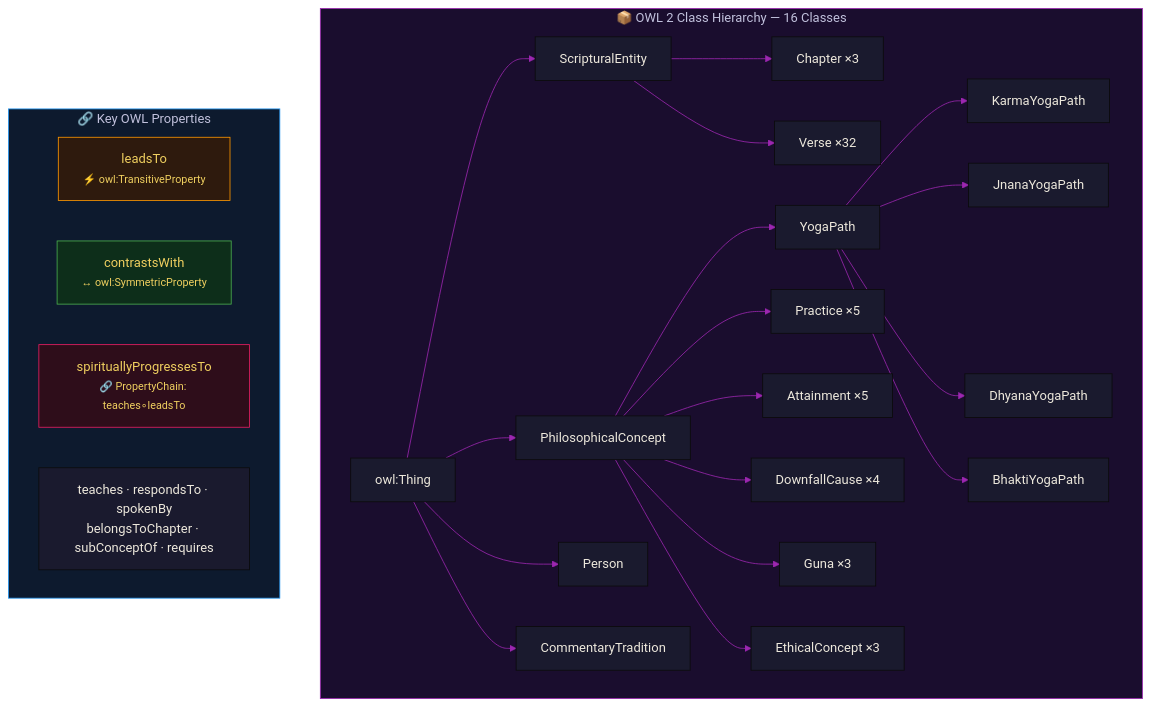
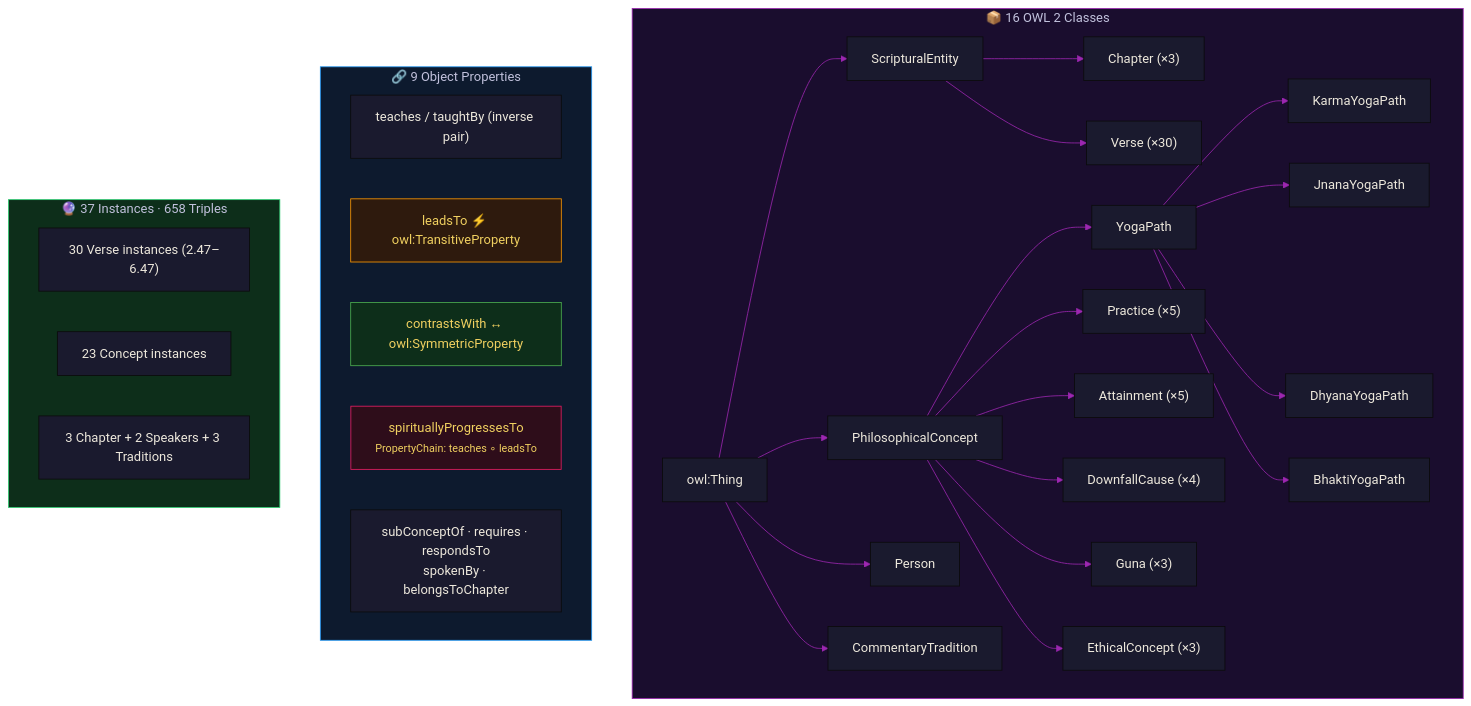
Before and after one commit to DevRaviX/gitagraph: the fifth of 7 diagrams in README.md, drawn with Mermaid. The commit also changed other lines of this file and 41 other files, not shown here.

````diff
--- a/README.md
+++ b/README.md
@@ -306,37 +330,44 @@
 ```mermaid
 %%{init: {'theme': 'base', 'themeVariables': {'primaryColor': '#1A1A2E', 'lineColor': '#9C27B0', 'primaryTextColor': '#EDE8DC'}}}%%
-
 graph TD
-    subgraph CLASSES["📦 OWL 2 Class Hierarchy — 16 Classes"]
-        OWL_THING["owl:Thing"]
-        OWL_THING --> SE["ScripturalEntity"]
-        OWL_THING --> PC["PhilosophicalConcept"]
-        OWL_THING --> PR["Person"]
-        OWL_THING --> CT["CommentaryTradition"]
-        SE --> CH["Chapter ×3"]
-        SE --> VE["Verse ×32"]
+    subgraph CLASSES["📦 16 OWL 2 Classes"]
+        OT["owl:Thing"]
+        OT --> SE["ScripturalEntity"]
+        OT --> PC["PhilosophicalConcept"]
+        OT --> PE["Person"]
+        OT --> CT["CommentaryTradition"]
+        SE --> CH["Chapter (×3)"]
+        SE --> VE["Verse (×30)"]
         PC --> YP["YogaPath"]
-        PC --> PRA["Practice ×5"]
-        PC --> ATT["Attainment ×5"]
-        PC --> DC["DownfallCause ×4"]
-        PC --> GU["Guna ×3"]
-        PC --> EC["EthicalConcept ×3"]
+        PC --> PRA["Practice (×5)"]
+        PC --> ATT["Attainment (×5)"]
+        PC --> DC["DownfallCause (×4)"]
+        PC --> GU["Guna (×3)"]
+        PC --> EC["EthicalConcept (×3)"]
         YP --> KYP["KarmaYogaPath"]
         YP --> JYP["JnanaYogaPath"]
         YP --> DYP["DhyanaYogaPath"]
         YP --> BYP["BhaktiYogaPath"]
     end
 
-    subgraph PROPS["🔗 Key OWL Properties"]
-        P1["leadsTo<br/><small>⚡ owl:TransitiveProperty</small>"]
-        P2["contrastsWith<br/><small>↔ owl:SymmetricProperty</small>"]
-        P3["spirituallyProgressesTo<br/><small>🔗 PropertyChain: teaches∘leadsTo</small>"]
-        P4["teaches · respondsTo · spokenBy<br/>belongsToChapter · subConceptOf · requires"]
+    subgraph PROPS["🔗 9 Object Properties"]
+        P1["teaches / taughtBy (inverse pair)"]
+        P2["leadsTo ⚡ owl:TransitiveProperty"]
+        P3["contrastsWith ↔ owl:SymmetricProperty"]
+        P4["spirituallyProgressesTo<br/><small>PropertyChain: teaches ∘ leadsTo</small>"]
+        P5["subConceptOf · requires · respondsTo<br/>spokenBy · belongsToChapter"]
+    end
+
+    subgraph INST["🔮 37 Instances · 658 Triples"]
+        I1["30 Verse instances (2.47–6.47)"]
+        I2["23 Concept instances"]
+        I3["3 Chapter + 2 Speakers + 3 Traditions"]
     end
 
     style CLASSES fill:#1A0D2E,stroke:#9C27B0
     style PROPS fill:#0D1A2E,stroke:#2196F3
-    style P1 fill:#2E1A0D,stroke:#FF9800,color:#F0D060
-    style P2 fill:#0D2E1A,stroke:#4CAF50,color:#F0D060
-    style P3 fill:#2E0D1A,stroke:#E91E63,color:#F0D060
+    style INST fill:#0D2E1A,stroke:#2ECC71
+    style P2 fill:#2E1A0D,stroke:#FF9800,color:#F0D060
+    style P3 fill:#0D2E1A,stroke:#4CAF50,color:#F0D060
+    style P4 fill:#2E0D1A,stroke:#E91E63,color:#F0D060
 ```
````
